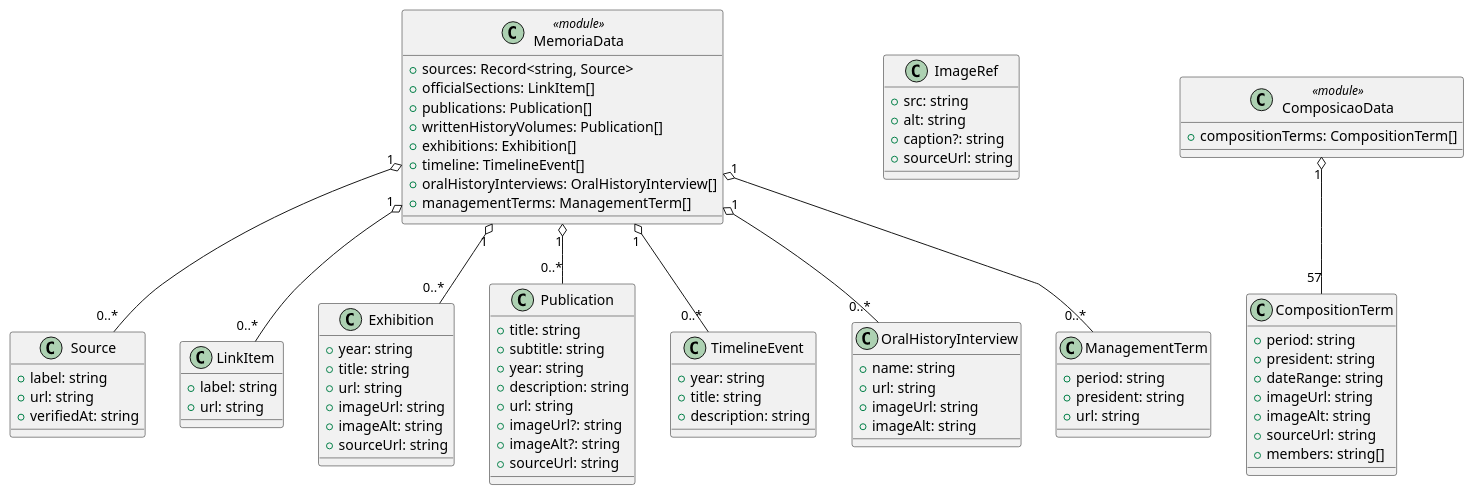
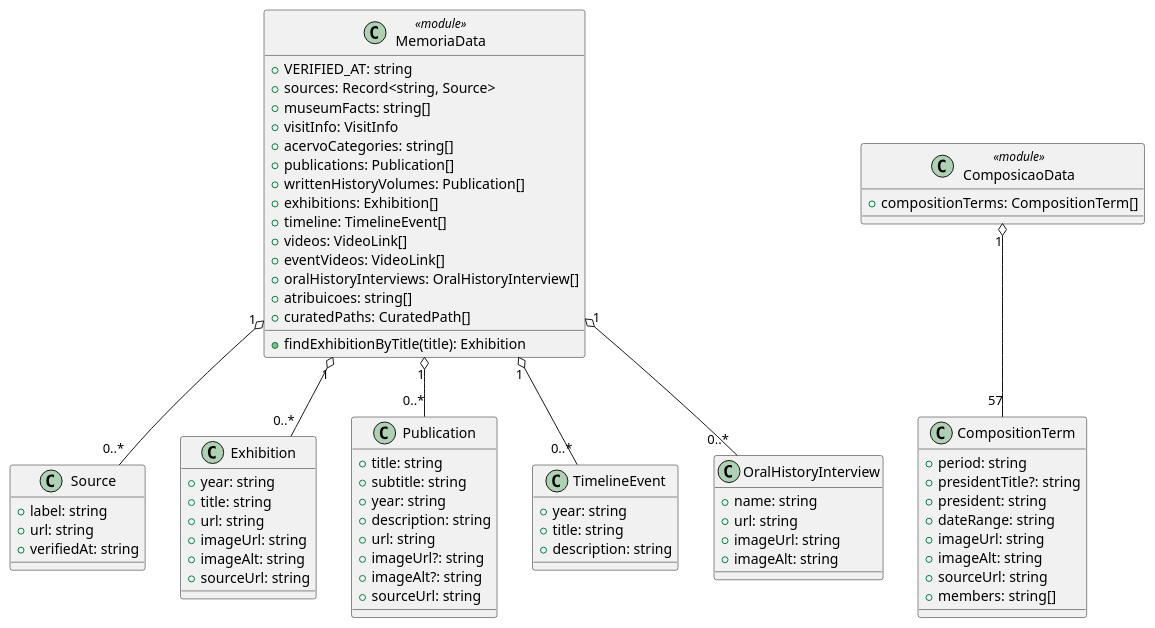
One commit to guilhermespamplona-prog/museu-tjsc changed the fourth of 13 diagrams in docs/arquitetura-uml.md. Above: the diagram before and after it, drawn with PlantUML. The commit also changed other lines of this file and 80 other files, not shown here.

```diff
--- a/docs/arquitetura-uml.md
+++ b/docs/arquitetura-uml.md
@@ -528,18 +503,6 @@
   +label: string
   +url: string
   +verifiedAt: string
-}
-
-class ImageRef {
-  +src: string
-  +alt: string
-  +caption?: string
-  +sourceUrl: string
-}
-
-class LinkItem {
-  +label: string
-  +url: string
 }
 
 class Exhibition {
@@ -575,14 +538,9 @@
   +imageAlt: string
 }
 
-class ManagementTerm {
-  +period: string
-  +president: string
-  +url: string
-}
-
 class CompositionTerm {
   +period: string
+  +presidentTitle?: string
   +president: string
   +dateRange: string
   +imageUrl: string
@@ -592,14 +550,21 @@
 }
 
 class MemoriaData <<module>> {
+  +VERIFIED_AT: string
   +sources: Record<string, Source>
-  +officialSections: LinkItem[]
+  +museumFacts: string[]
+  +visitInfo: VisitInfo
+  +acervoCategories: string[]
   +publications: Publication[]
   +writtenHistoryVolumes: Publication[]
   +exhibitions: Exhibition[]
   +timeline: TimelineEvent[]
+  +videos: VideoLink[]
+  +eventVideos: VideoLink[]
   +oralHistoryInterviews: OralHistoryInterview[]
-  +managementTerms: ManagementTerm[]
+  +atribuicoes: string[]
+  +curatedPaths: CuratedPath[]
+  +findExhibitionByTitle(title): Exhibition
 }
 
 class ComposicaoData <<module>> {
@@ -607,12 +572,10 @@
 }
 
 MemoriaData "1" o-- "0..*" Source
-MemoriaData "1" o-- "0..*" LinkItem
 MemoriaData "1" o-- "0..*" Publication
 MemoriaData "1" o-- "0..*" Exhibition
 MemoriaData "1" o-- "0..*" TimelineEvent
 MemoriaData "1" o-- "0..*" OralHistoryInterview
-MemoriaData "1" o-- "0..*" ManagementTerm
 ComposicaoData "1" o-- "57" CompositionTerm
 
 @enduml
```
